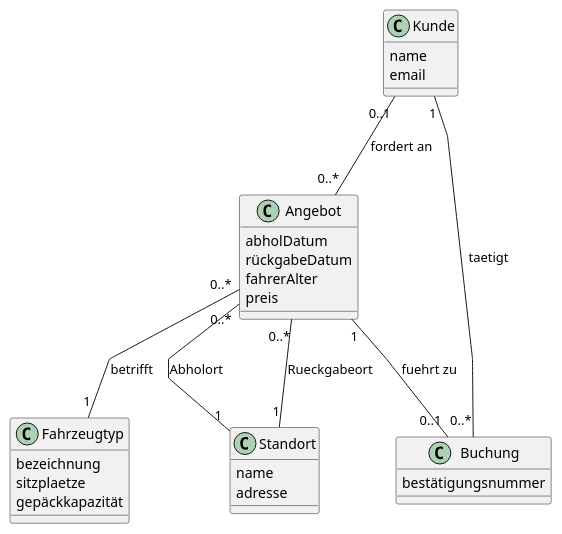
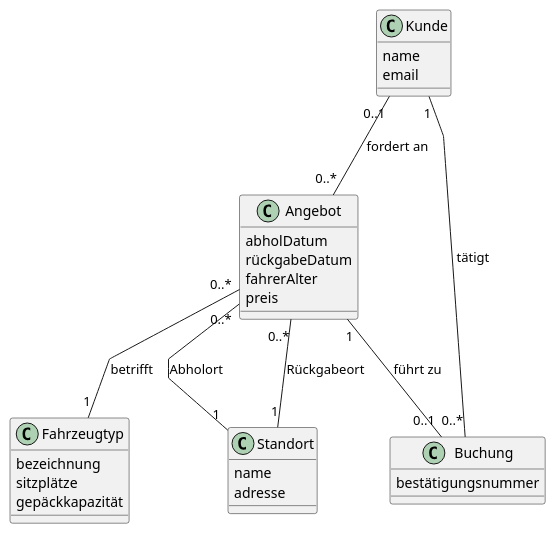
Before and after one commit to mallallaaaa/project-autovermietung-SWM1: the diagram in Aufgabe3.puml, drawn with PlantUML.

Commit message:
Fix spelling errors in UML diagram

```diff
--- a/Aufgabe3.puml
+++ b/Aufgabe3.puml
@@ -1,51 +1,51 @@
 @startuml AV_Aufgabe3
 skinparam shadowing false
 skinparam classAttributeIconSize 0
 skinparam linetype polyline
 skinparam nodesep 60
 skinparam ranksep 80
 
 class Kunde {
   name
   email
 }
 
 class Angebot {
   abholDatum
   rückgabeDatum
   fahrerAlter
   preis
 }
 
 class Buchung {
   bestätigungsnummer
 }
 
 class Fahrzeugtyp {
   bezeichnung
-  sitzplaetze
+  sitzplätze
   gepäckkapazität
 }
 
 class Standort {
   name
   adresse
 }
 
 ' Kunde und Angebot
 Kunde "0..1" -- "0..*" Angebot : fordert an
 
 ' Kunde und Buchung
-Kunde "1" -- "0..*" Buchung : taetigt
+Kunde "1" -- "0..*" Buchung : tätigt
 
 ' Angebot und Buchung
-Angebot "1" -- "0..1" Buchung : fuehrt zu
+Angebot "1" -- "0..1" Buchung : führt zu
 
 ' Fahrzeugtyp
 Angebot "0..*" -- "1" Fahrzeugtyp : betrifft
 
 ' Abhol- und Rueckgabeort
 Angebot "0..*" -- "1" Standort : Abholort
-Angebot "0..*" -- "1" Standort : Rueckgabeort
+Angebot "0..*" -- "1" Standort : Rückgabeort
 
 @enduml
```
